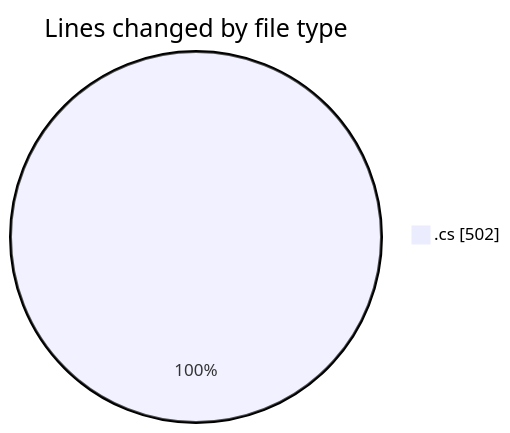
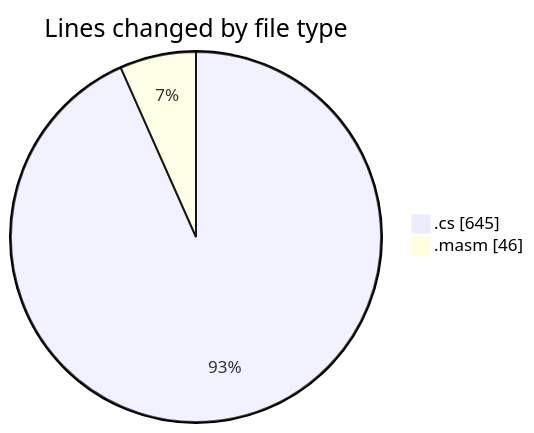
Before and after one commit to charlie-sans/code-tracking: the first of 2 diagrams in 2025-03-19/sharpmasm/README.md, drawn with Mermaid. The commit also changed other lines of this file and 1 other file, not shown here.

````diff
--- a/2025-03-19/sharpmasm/README.md
+++ b/2025-03-19/sharpmasm/README.md
@@ -21,5 +22,6 @@
 ```mermaid
 pie showData
 title Lines changed by file type
-".cs" : 502
+".cs" : 645
+".masm" : 46
 ```
````
